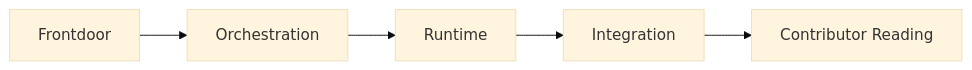
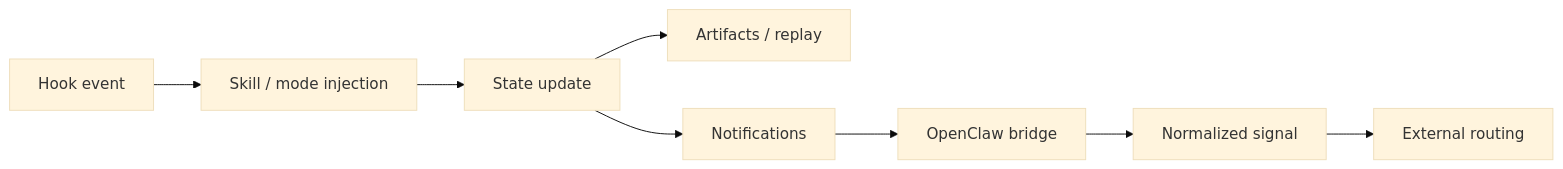
The third of 3 diagrams in obsidian/oh-my-claudecode Guide/02 Learning Paths.md (terry3838/oh-my-claudecode-guide), drawn with Mermaid (base theme) before and after one commit. The commit also changed other lines of this file and 12 other files, not shown here.

````diff
--- a/obsidian/oh-my-claudecode Guide/02 Learning Paths.md
+++ b/obsidian/oh-my-claudecode Guide/02 Learning Paths.md
@@ -18,7 +347,10 @@
 ```mermaid
 flowchart LR
-    A[Frontdoor] --> B[Orchestration]
-    B --> C[Runtime]
-    C --> D[Integration]
-    D --> E[Contributor Reading]
+    A[Hook event] --> B[Skill / mode injection]
+    B --> C[State update]
+    C --> D[Artifacts / replay]
+    C --> E[Notifications]
+    E --> F[OpenClaw bridge]
+    F --> G[Normalized signal]
+    G --> H[External routing]
 ```
````
